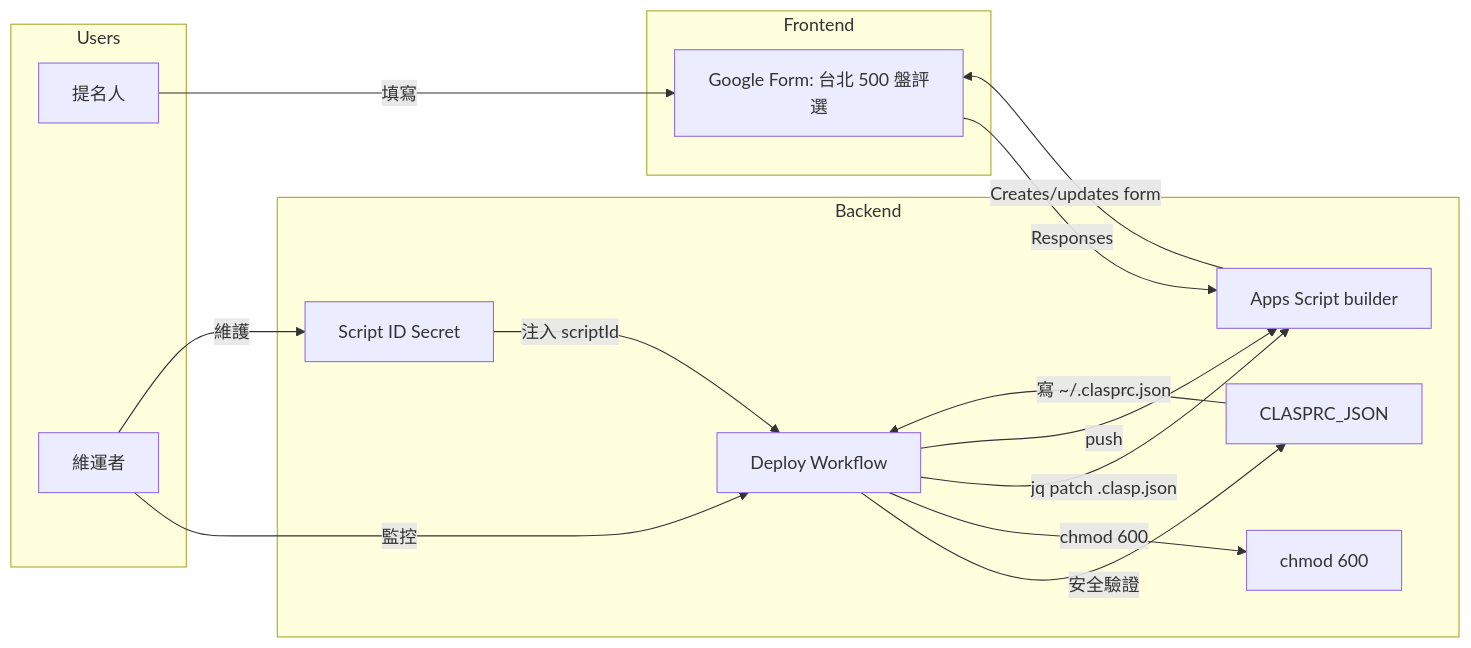
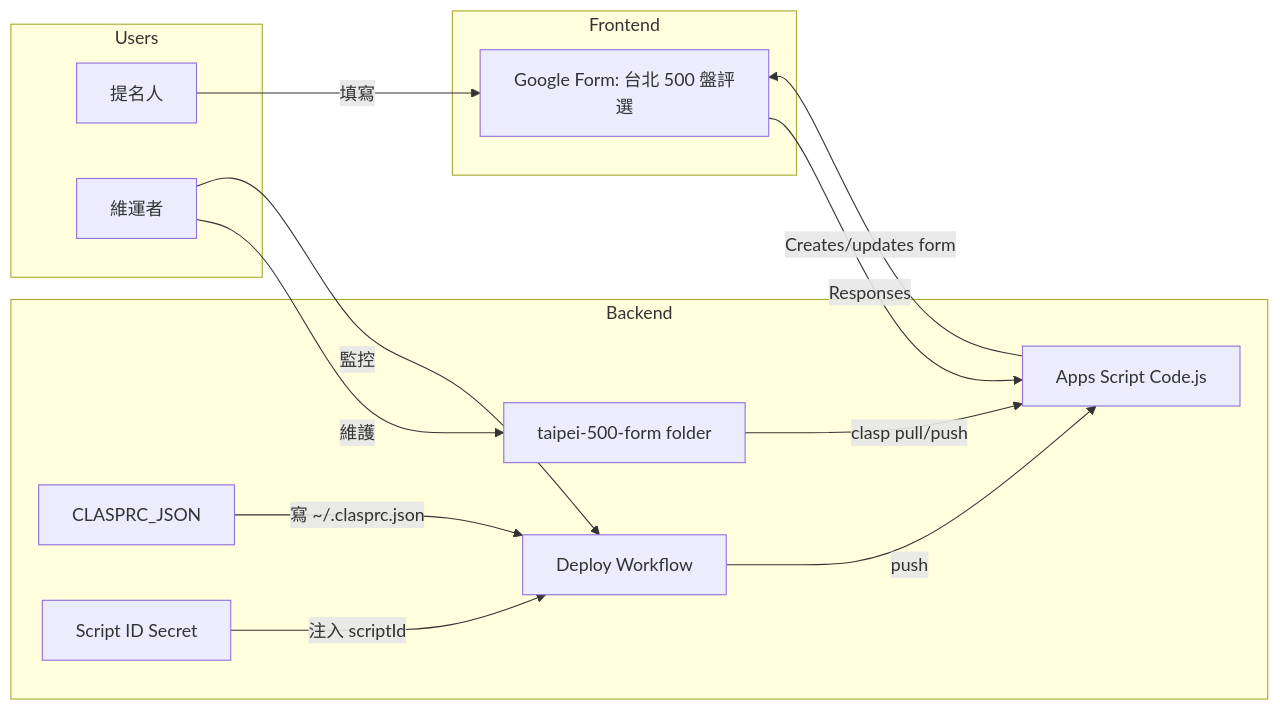
Before and after one commit to muyueh/Codex-web-Google-App-Script: the fifth of 5 diagrams in README.md, drawn with Mermaid. The commit also changed other lines of this file and 6 other files, not shown here.

Commit message:
Flatten taipei 500 form project layout

````diff
--- a/README.md
+++ b/README.md
@@ -79,24 +83,24 @@
 ```mermaid
 flowchart LR
     subgraph Users
         A[提名人]
         Maint[維運者]
     end
     subgraph Frontend
         Form[Google Form: 台北 500 盤評選]
     end
     subgraph Backend
+        Repo[taipei-500-form folder]
         CI[Deploy Workflow]
         Secret[CLASPRC_JSON]
         ScriptSecret[Script ID Secret]
-        Script[Apps Script builder]
-        Perms[chmod 600]
+        Script[Apps Script Code.js]
     end
     A -->|填寫| Form -->|Responses| Script
     Script -->|Creates/updates form| Form
-    Maint -->|監控| CI -->|安全驗證| Secret
-    Maint -->|維護| ScriptSecret
-    Secret -->|寫 ~/.clasprc.json| CI -->|chmod 600| Perms
-    ScriptSecret -->|注入 scriptId| CI -->|jq patch .clasp.json| Script
-    CI -->|push| Script
+    Maint -->|維護| Repo
+    Maint -->|監控| CI
+    Secret -->|寫 ~/.clasprc.json| CI
+    ScriptSecret -->|注入 scriptId| CI -->|push| Script
+    Repo -->|clasp pull/push| Script
 ```
````
